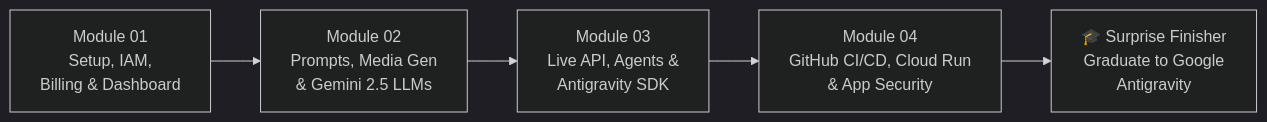
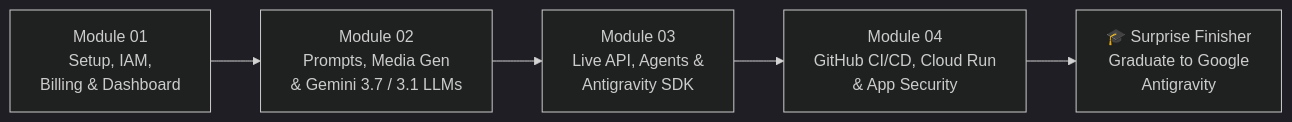
One commit to AllInVaders/aistudio-full-course changed the second of 2 diagrams in en/README.md. Above: the diagram before and after it, drawn with Mermaid (dark theme). The commit also changed other lines of this file and 30 other files, not shown here.

````diff
--- a/en/README.md
+++ b/en/README.md
@@ -59,7 +59,7 @@
 ```mermaid
 flowchart LR
-    M1["Module 01\nSetup, IAM,\nBilling & Dashboard"] --> M2["Module 02\nPrompts, Media Gen\n& Gemini 2.5 LLMs"]
+    M1["Module 01\nSetup, IAM,\nBilling & Dashboard"] --> M2["Module 02\nPrompts, Media Gen\n& Gemini 3.7 / 3.1 LLMs"]
     M2 --> M3["Module 03\nLive API, Agents &\nAntigravity SDK"]
     M3 --> M4["Module 04\nGitHub CI/CD, Cloud Run\n& App Security"]
     M4 --> SF["🎓 Surprise Finisher\nGraduate to Google\nAntigravity"]
 ```
````
